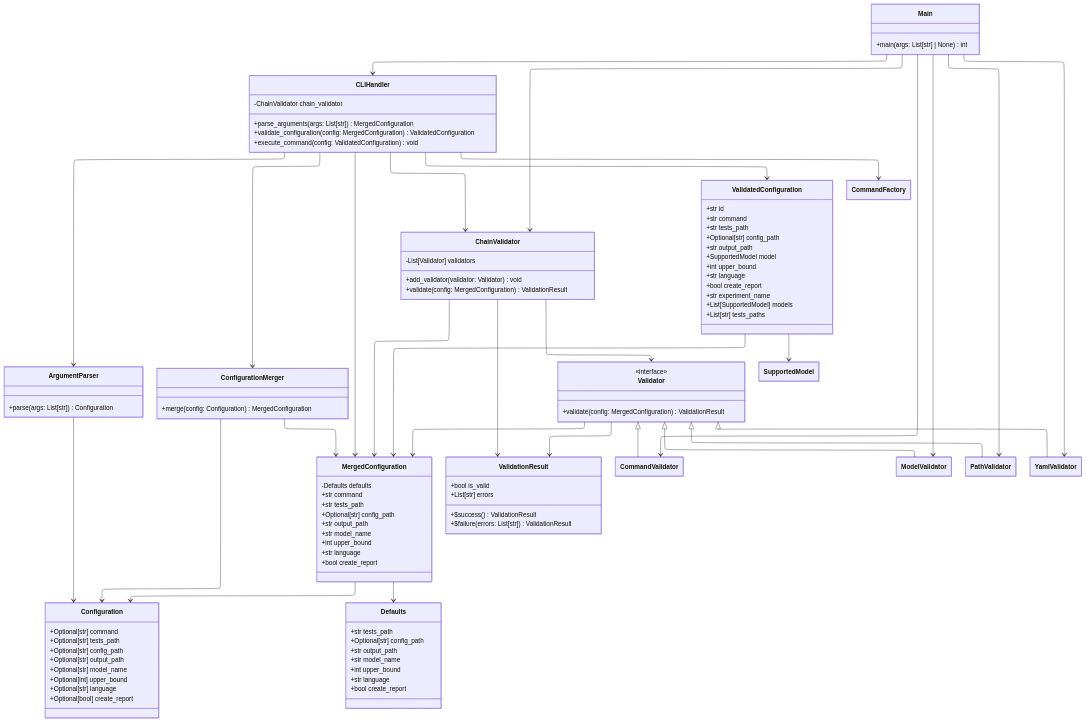
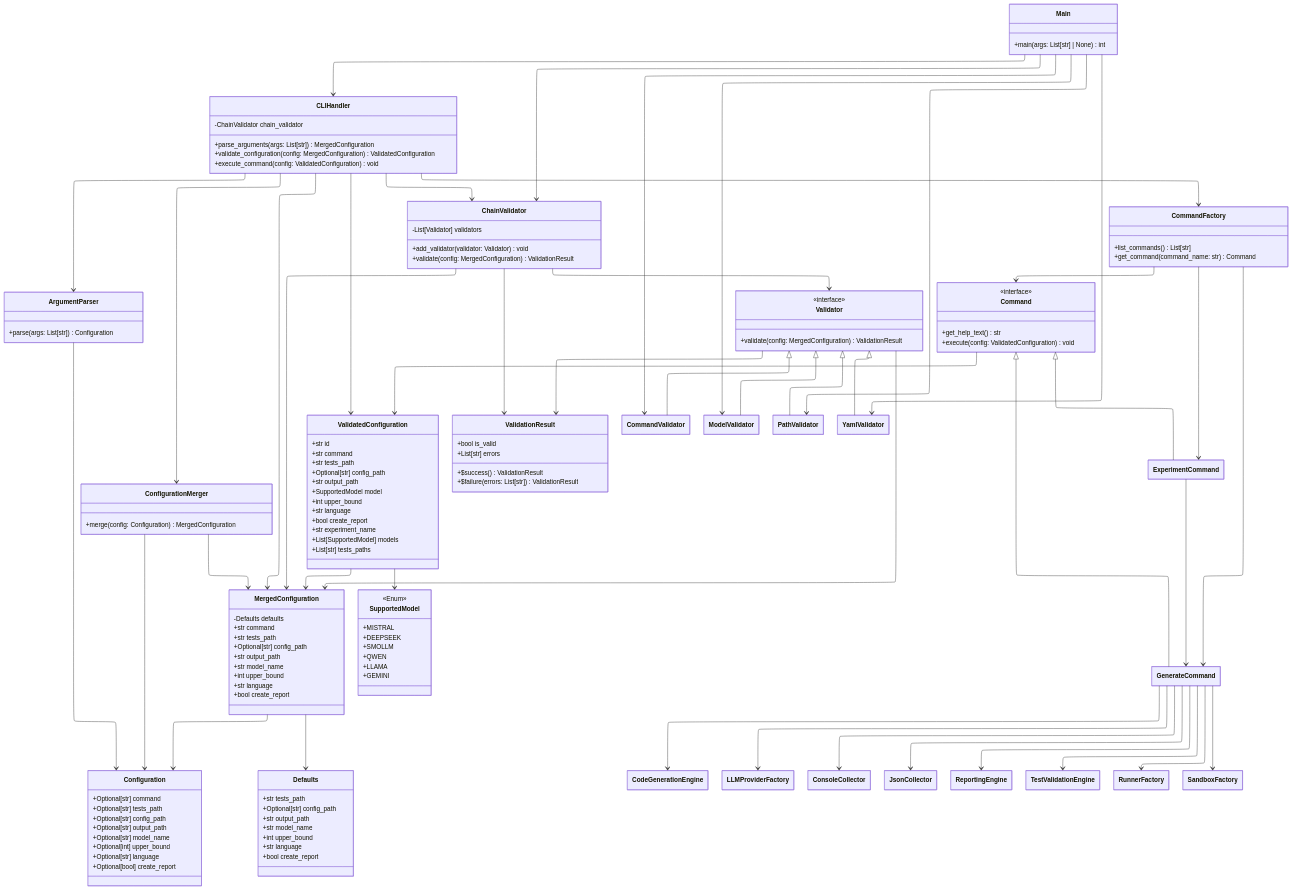
Before and after one commit to FilippoGurioli/test-2-code-llm: the diagram in docs/appendices/class-diagram.md, drawn with Mermaid.

Commit message:
docs(appendices): create project class diagram til core

````diff
--- a/docs/appendices/class-diagram.md
+++ b/docs/appendices/class-diagram.md
@@ -9,6 +9,9 @@
 ---
 
 classDiagram
+
+    %% CLI
+
     class Main {
         +main(args: List[str] | None) int
     }
@@ -94,6 +97,31 @@
         +$failure(errors: List[str]) ValidationResult
     }
 
+    %% Dispatcher
+
+    class CommandFactory {
+        +list_commands() List[str]
+        +get_command(command_name: str) Command
+    }
+
+    class Command {
+        <<interface>>
+        +get_help_text() str
+        +execute(config: ValidatedConfiguration) void
+    }
+
+    %% Core
+
+    class SupportedModel {
+        <<Enum>>
+        +MISTRAL
+        +DEEPSEEK
+        +SMOLLM
+        +QWEN
+        +LLAMA
+        +GEMINI
+    }
+
     Main --> CLIHandler
     Main --> ChainValidator
     Main --> CommandValidator
@@ -122,4 +150,20 @@
     Validator <|-- ModelValidator
     Validator <|-- PathValidator
     Validator <|-- YamlValidator
+
+    CommandFactory --> Command
+    CommandFactory --> GenerateCommand
+    CommandFactory --> ExperimentCommand
+    Command <|-- GenerateCommand
+    Command <|-- ExperimentCommand
+    Command --> ValidatedConfiguration
+    ExperimentCommand --> GenerateCommand
+    GenerateCommand --> CodeGenerationEngine
+    GenerateCommand --> LLMProviderFactory
+    GenerateCommand --> ConsoleCollector
+    GenerateCommand --> JsonCollector
+    GenerateCommand --> ReportingEngine
+    GenerateCommand --> TestValidationEngine
+    GenerateCommand --> RunnerFactory
+    GenerateCommand --> SandboxFactory
 ```
````
